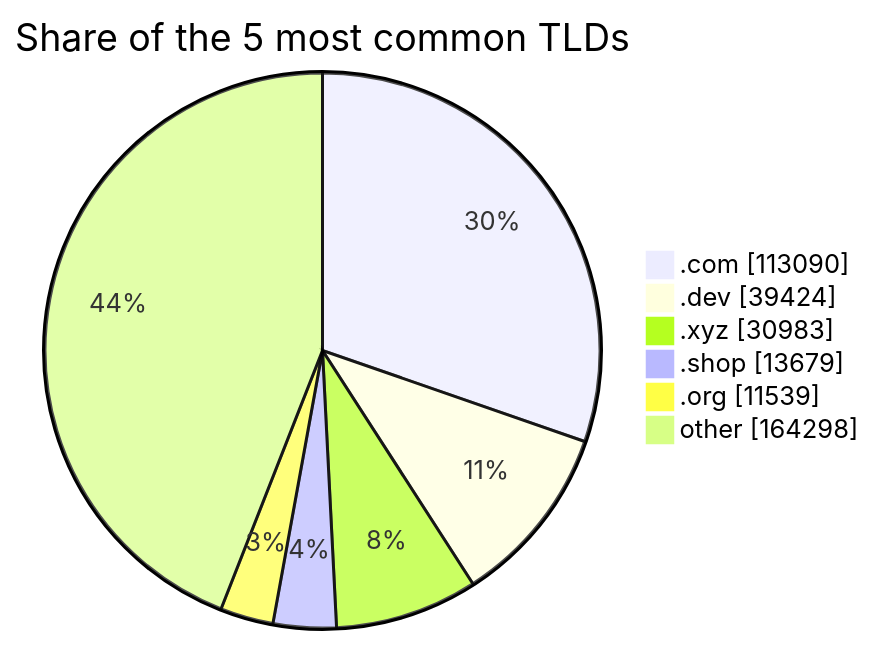
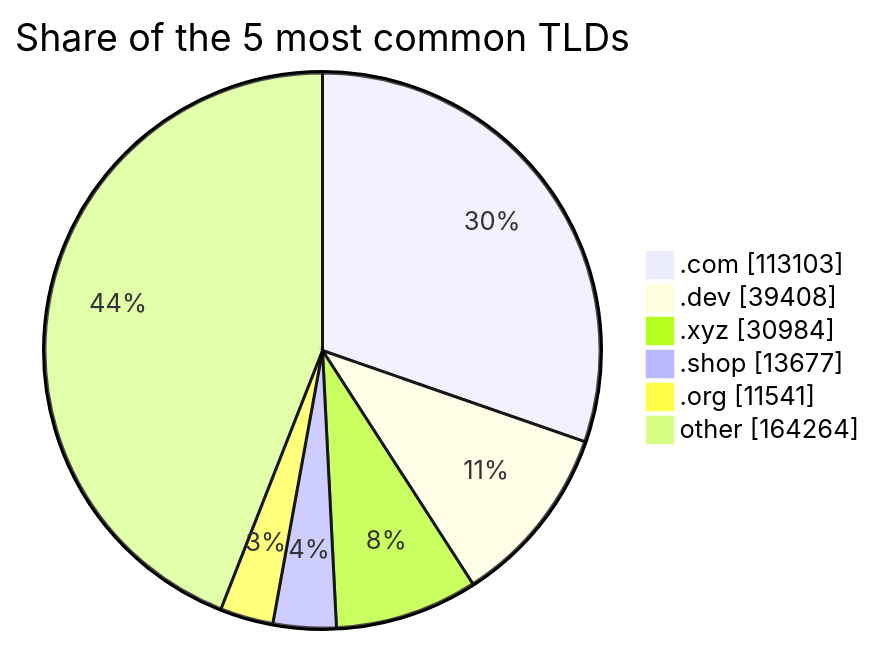
The third of 3 diagrams in README.md (DNSBunker/CTI), drawn with Mermaid before and after one commit. The commit also changed other lines of this file and 3 other files, not shown here.

````diff
--- a/README.md
+++ b/README.md
@@ -81,9 +81,9 @@
 ```mermaid
 pie showData title Share of the 5 most common TLDs
-    ".com" : 113090
-    ".dev" : 39424
-    ".xyz" : 30983
-    ".shop" : 13679
-    ".org" : 11539
-    "other" : 164298
+    ".com" : 113103
+    ".dev" : 39408
+    ".xyz" : 30984
+    ".shop" : 13677
+    ".org" : 11541
+    "other" : 164264
 ```
````
